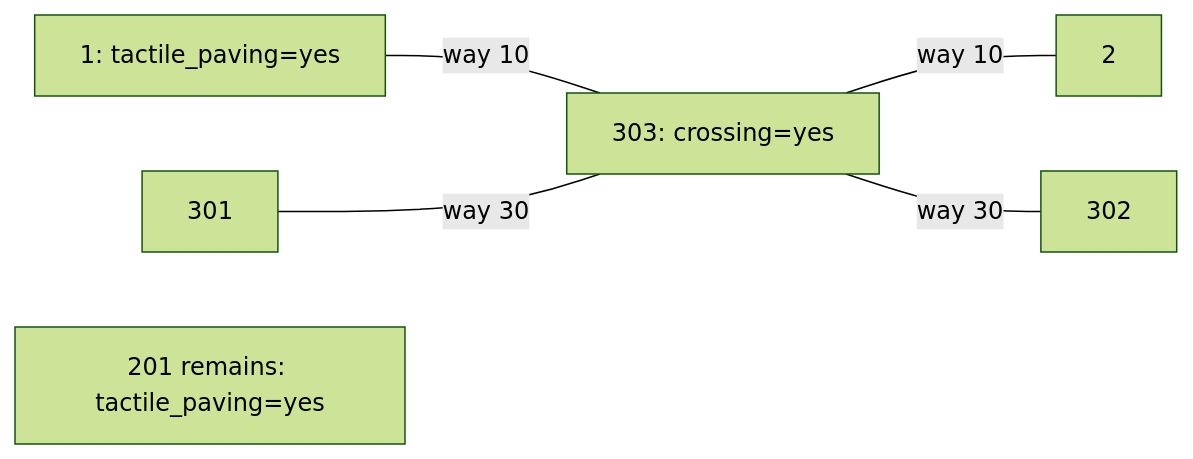
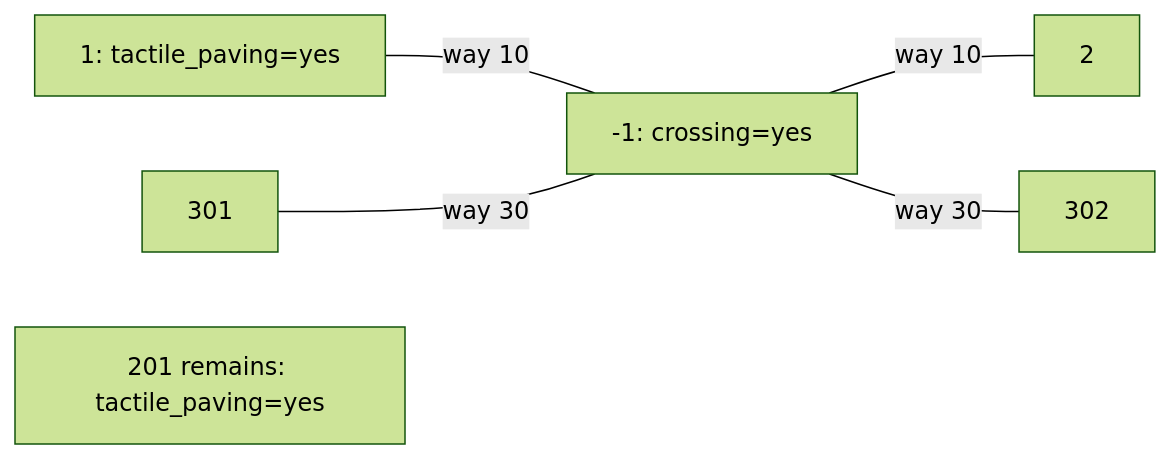
Before and after one commit to conveyal/osmix: the third of 5 diagrams in docs/merge-process.md, drawn with Mermaid (forest theme). The commit also changed other lines of this file and 694 other files, not shown here.

First line of the commit message:
Re-design merge app for better flow (#242)

````diff
--- a/docs/merge-process.md
+++ b/docs/merge-process.md
@@ -146,8 +138,8 @@
 ```mermaid
 flowchart LR
-  N1["1: tactile_paving=yes"] ---|"way 10"| N303["303: crossing=yes"]
-  N303 ---|"way 10"| N2["2"]
-  N301["301"] ---|"way 30"| N303
-  N303 ---|"way 30"| N302["302"]
+  N1["1: tactile_paving=yes"] ---|"way 10"| NX["-1: crossing=yes"]
+  NX ---|"way 10"| N2["2"]
+  N301["301"] ---|"way 30"| NX
+  NX ---|"way 30"| N302["302"]
   N201["201 remains: tactile_paving=yes"]
 ```
````
